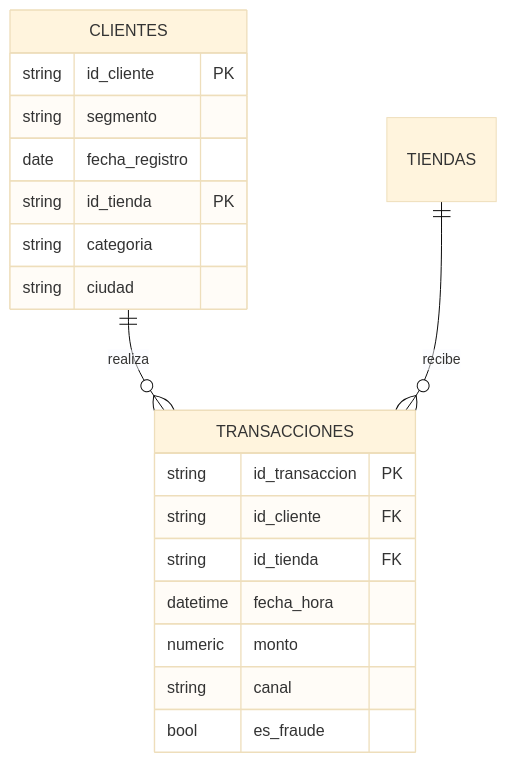
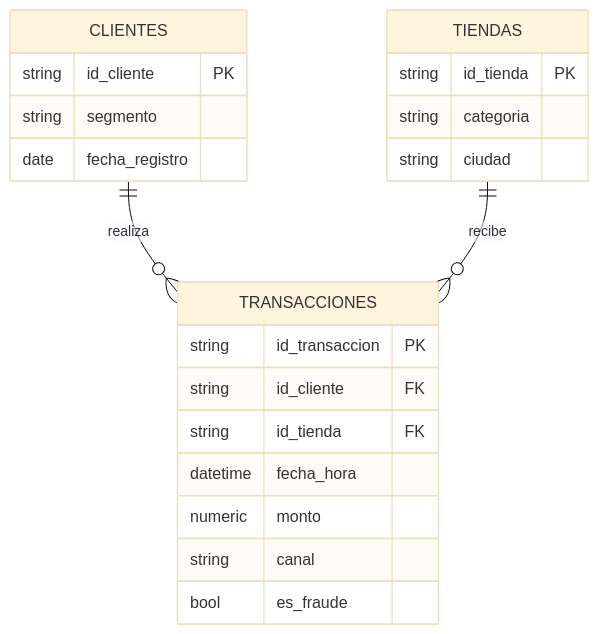
Before and after one commit to NavaSergio/SP1-material-estudiantes: the second of 3 diagrams in docs/U4-BD/Diseno_BD_y_Recoleccion.qmd, drawn with Mermaid (base theme). The commit also changed other lines of this file and 16 other files, not shown here.

````diff
--- a/docs/U4-BD/Diseno_BD_y_Recoleccion.qmd
+++ b/docs/U4-BD/Diseno_BD_y_Recoleccion.qmd
@@ -138,22 +171,24 @@
 ```{mermaid}
 erDiagram
   CLIENTES ||--o{ TRANSACCIONES : realiza
   TIENDAS ||--o{ TRANSACCIONES : recibe
   CLIENTES {
     string id_cliente PK
     string segmento
     date   fecha_registro
+  }
+  TIENDAS {
     string id_tienda PK
     string categoria
     string ciudad
   }
   TRANSACCIONES {
     string id_transaccion PK
     string id_cliente FK
     string id_tienda FK
     datetime fecha_hora
     numeric monto
     string canal
     bool   es_fraude
   }
 ```
````
